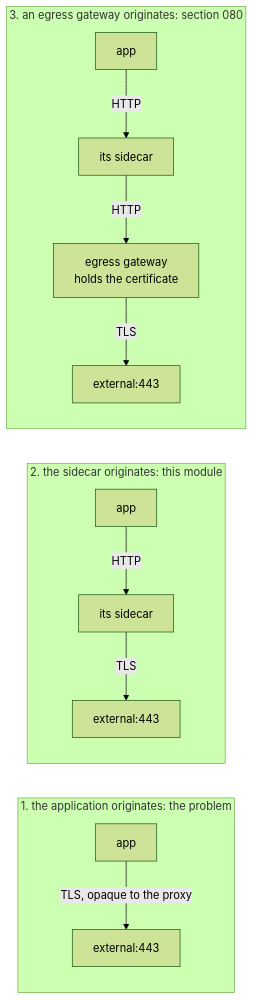
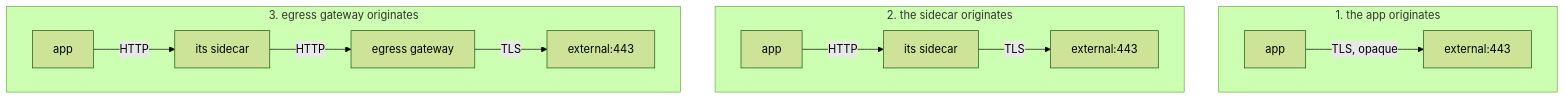
Before and after one commit to astrona-io/ATS014: the diagram in sections/section-070/module-02/course-01-why-https-is-opaque.md, drawn with Mermaid (forest theme). The commit also changed other lines of this file and 444 other files, not shown here.

````diff
--- a/sections/section-070/module-02/course-01-why-https-is-opaque.md
+++ b/sections/section-070/module-02/course-01-why-https-is-opaque.md
@@ -85,15 +83,15 @@
 ```mermaid
-flowchart LR
-    subgraph A["1. the application originates: the problem"]
-      A1["app"] -->|"TLS, opaque to the proxy"| A2["external:443"]
+flowchart TB
+    subgraph A["1. the app originates"]
+      A1["app"] -->|"TLS, opaque"| A2["external:443"]
     end
-    subgraph B["2. the sidecar originates: this module"]
+    subgraph B["2. the sidecar originates"]
       B1["app"] -->|"HTTP"| B2["its sidecar"]
       B2 -->|"TLS"| B3["external:443"]
     end
-    subgraph C["3. an egress gateway originates: section 080"]
+    subgraph C["3. egress gateway originates"]
       C1["app"] -->|"HTTP"| C2["its sidecar"]
-      C2 -->|"HTTP"| C3["egress gateway<br/>holds the certificate"]
+      C2 -->|"HTTP"| C3["egress gateway"]
       C3 -->|"TLS"| C4["external:443"]
     end
 ```
````
